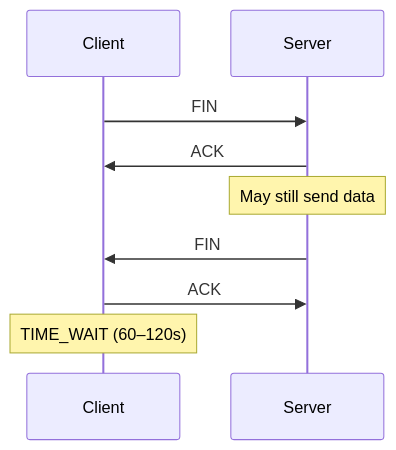
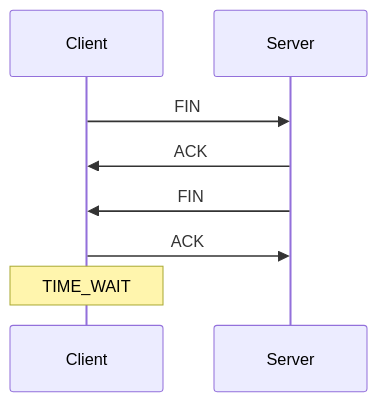
One commit to hareramcse/SystemDesign changed the third of 17 diagrams in 01-networking/README.md. Above: the diagram before and after it, drawn with Mermaid. The commit also changed other lines of this file, not shown here.

````diff
--- a/01-networking/README.md
+++ b/01-networking/README.md
@@ -993,11 +959,10 @@
 ```mermaid
 sequenceDiagram
     participant C as Client
     participant S as Server
     C->>S: FIN
     S->>C: ACK
-    Note over S: May still send data
     S->>C: FIN
     C->>S: ACK
-    Note over C: TIME_WAIT (60–120s)
+    Note over C: TIME_WAIT
 ```
````
